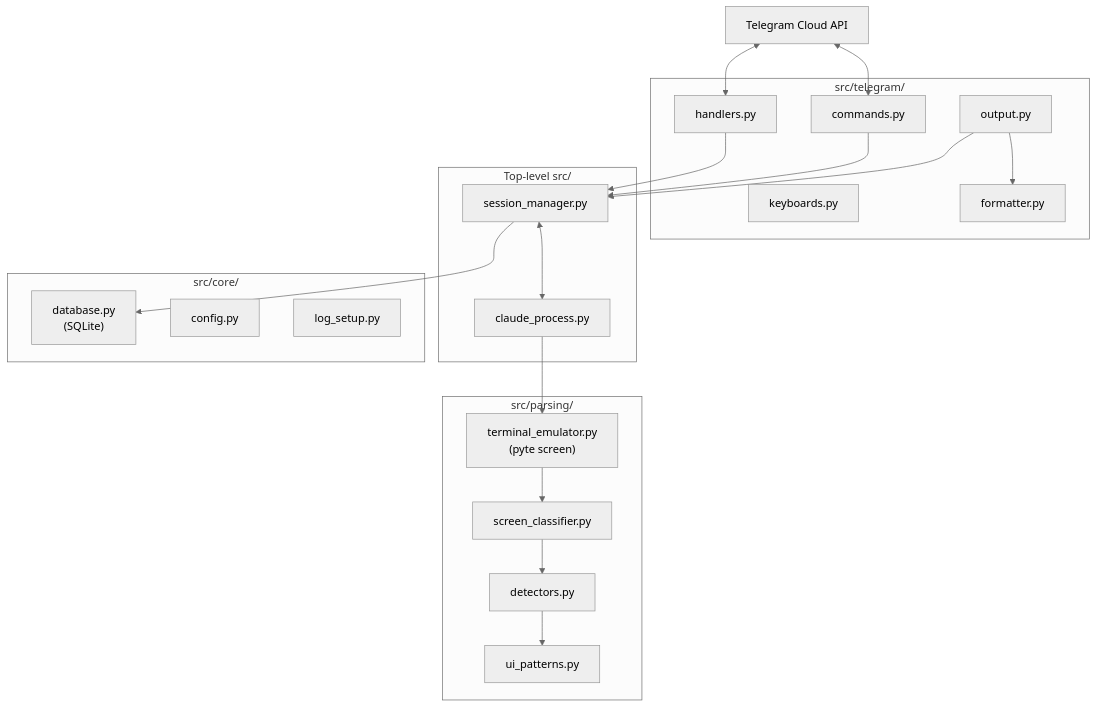
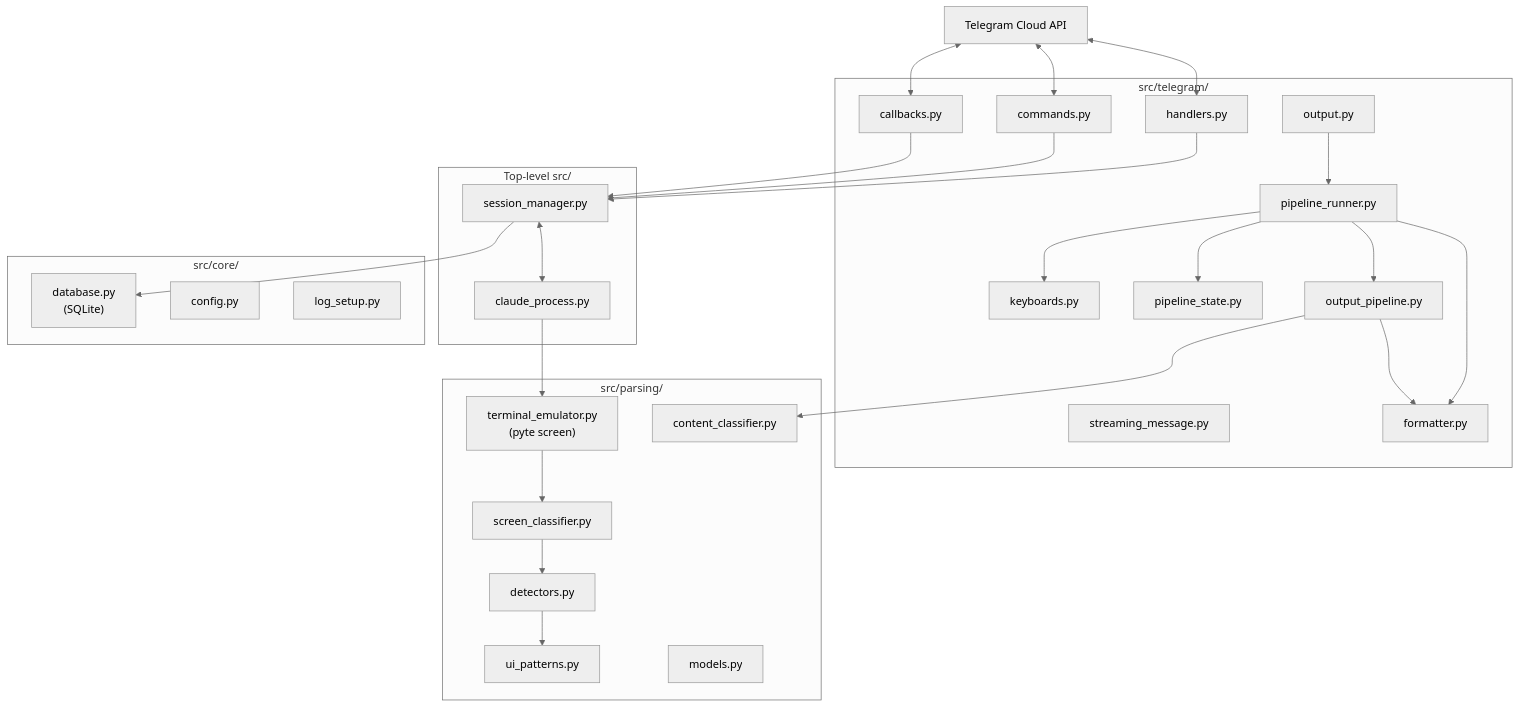
The first of 5 diagrams in docs/architecture.md (LounisBou/claude-code-telegram-instances-manager), drawn with Mermaid (neutral theme) before and after one commit. The commit also changed other lines of this file and 1 other file, not shown here.

Commit message:
docs: update architecture.md and index.md for pipeline unification

````diff
--- a/docs/architecture.md
+++ b/docs/architecture.md
@@ -5,43 +5,57 @@
 ```mermaid
 graph TB
     TG["Telegram Cloud API"]
 
     subgraph "src/telegram/"
         H["handlers.py"]
+        CB["callbacks.py"]
         CMD["commands.py"]
         KB["keyboards.py"]
         OUT["output.py"]
+        PR["pipeline_runner.py"]
+        PS["pipeline_state.py"]
+        OP["output_pipeline.py"]
+        STR["streaming_message.py"]
         FMT["formatter.py"]
     end
 
     subgraph "Top-level src/"
         SM["session_manager.py"]
         CP["claude_process.py"]
     end
 
     subgraph "src/parsing/"
         TE["terminal_emulator.py<br/>(pyte screen)"]
         SC["screen_classifier.py"]
         DET["detectors.py"]
         UP["ui_patterns.py"]
+        CC["content_classifier.py"]
+        MOD["models.py"]
     end
 
     subgraph "src/core/"
         DB["database.py<br/>(SQLite)"]
         CFG["config.py"]
         LOG["log_setup.py"]
     end
 
     TG <--> H
+    TG <--> CB
     TG <--> CMD
     H --> SM
     CMD --> SM
-    OUT --> SM
-    OUT --> FMT
+    CB --> SM
+    OUT --> PR
+    PR --> PS
+    PR --> OP
+    PR --> FMT
+    PR --> KB
+    OP --> CC
+    OP --> FMT
     SM <--> CP
     SM --> DB
     CP --> TE
     TE --> SC
     SC --> DET
     DET --> UP
 ```
````
